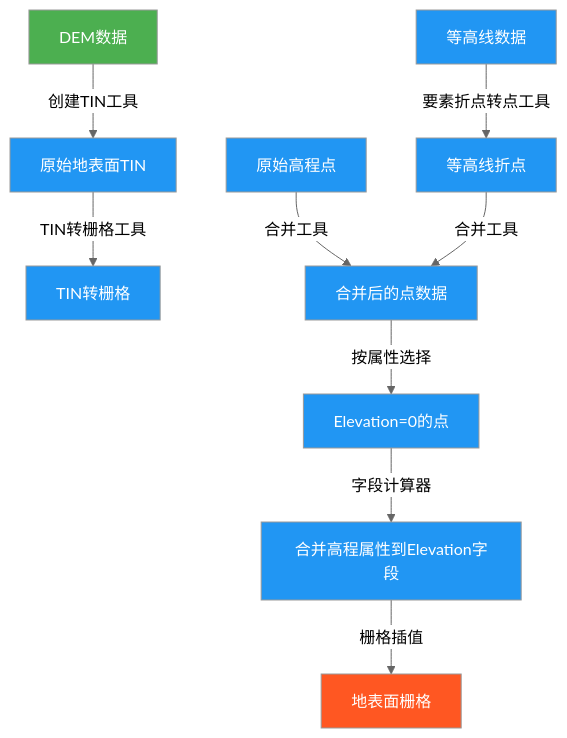
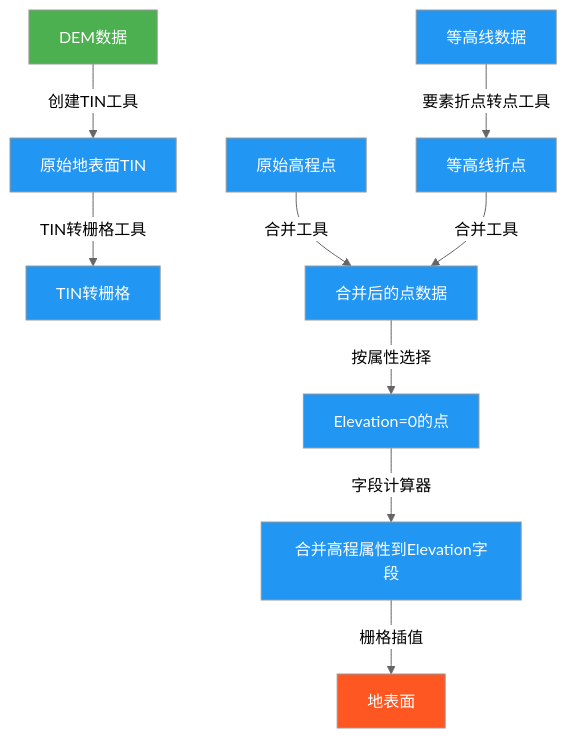
The diagram in all/未命名.md (newguser/iodraw-files), drawn with Mermaid (neutral theme) before and after one commit.

Commit message:
2025-02-27 21:35:24 update

````diff
--- a/all/未命名.md
+++ b/all/未命名.md
@@ -1,16 +1,16 @@
 ```mermaid
 graph TD
     A[DEM数据] -->|创建TIN工具| B[原始地表面TIN]
     B -->|TIN转栅格工具| C[TIN转栅格]
         D1[等高线数据] -->|要素折点转点工具| D2[等高线折点]
         D3[原始高程点] -->|合并工具| D4[合并后的点数据]
         D2 -->|合并工具| D4
         D4 -->|按属性选择| D5[Elevation=0的点]
         D5 -->|字段计算器| D6[合并高程属性到Elevation字段]
-        D6 -->|栅格插值| D[地表面栅格]
+        D6 -->|栅格插值| D[地表面]
 
     style A fill:#4CAF50,color:white
     style D fill:#FF5722,color:white
     classDef process fill:#2196F3,color:white;
     class B,C,D1,D2,D3,D4,D5,D6 process
 ```
````
